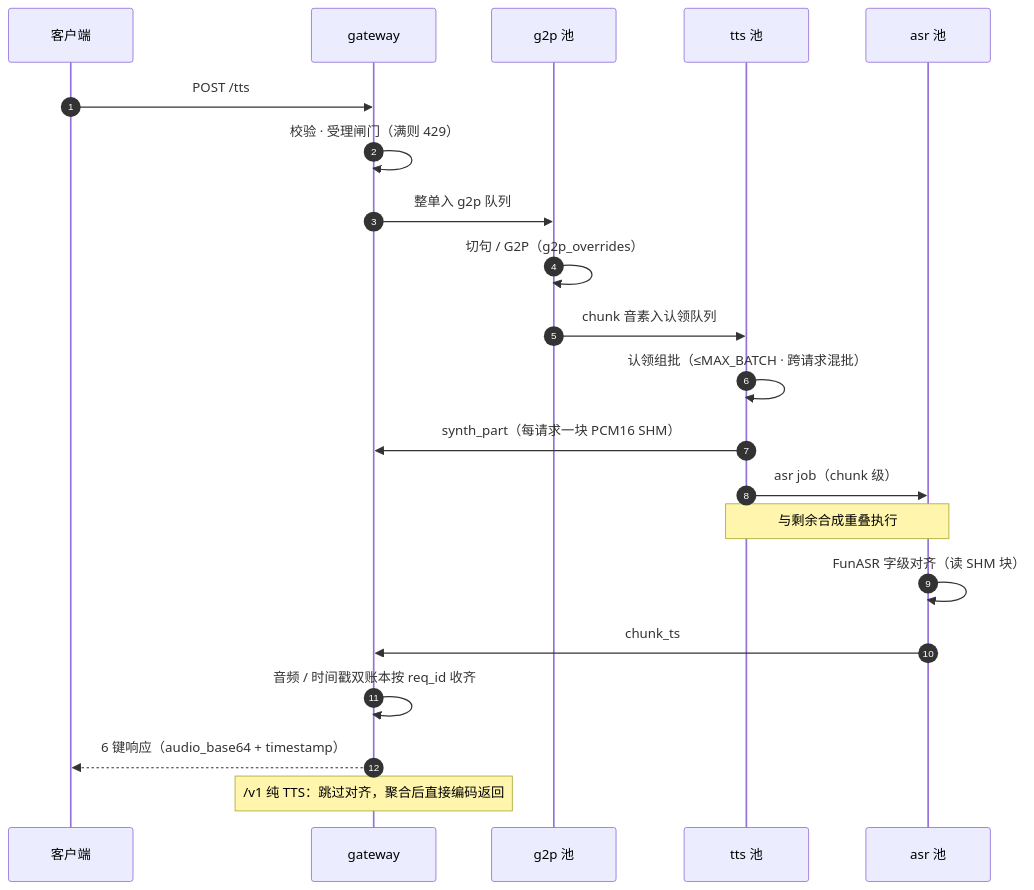
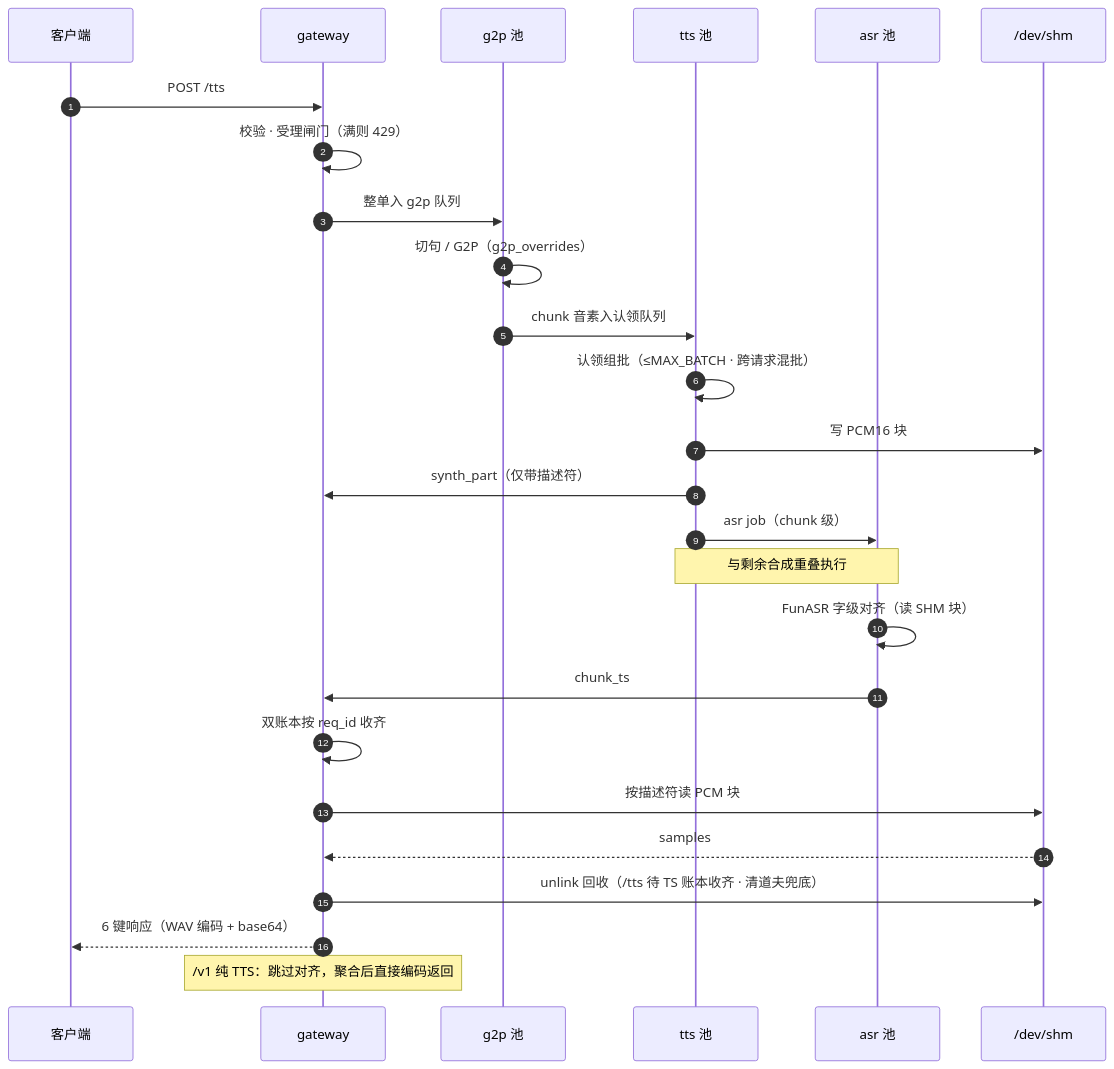
One commit to guang384/kokoro-tts-ascend changed the second of 4 diagrams in README.md. Above: the diagram before and after it, drawn with Mermaid. The commit also changed other lines of this file, not shown here.

Commit message:
docs: show SHM read-back and recycle in return path
Topology: descriptor edge clarified, gateway->shm read+unlink edge,
sh node marked as gateway-recycled. Sequence: /dev/shm participant with
write / read-back / unlink-recycle steps on the return path.

````diff
--- a/README.md
+++ b/README.md
@@ -64,24 +68,29 @@
 ```mermaid
 sequenceDiagram
   autonumber
   participant C as 客户端
   participant GW as gateway
   participant G2P as g2p 池
   participant TTS as tts 池
   participant ASR as asr 池
+  participant SHM as /dev/shm
 
   C->>GW: POST /tts
   GW->>GW: 校验 · 受理闸门（满则 429）
   GW->>G2P: 整单入 g2p 队列
   G2P->>G2P: 切句 / G2P（g2p_overrides）
   G2P->>TTS: chunk 音素入认领队列
   TTS->>TTS: 认领组批（≤MAX_BATCH · 跨请求混批）
-  TTS->>GW: synth_part（每请求一块 PCM16 SHM）
+  TTS->>SHM: 写 PCM16 块
+  TTS->>GW: synth_part（仅带描述符）
   TTS->>ASR: asr job（chunk 级）
   Note over TTS,ASR: 与剩余合成重叠执行
   ASR->>ASR: FunASR 字级对齐（读 SHM 块）
   ASR->>GW: chunk_ts
-  GW->>GW: 音频 / 时间戳双账本按 req_id 收齐
-  GW-->>C: 6 键响应（audio_base64 + timestamp）
+  GW->>GW: 双账本按 req_id 收齐
+  GW->>SHM: 按描述符读 PCM 块
+  SHM-->>GW: samples
+  GW->>SHM: unlink 回收（/tts 待 TS 账本收齐 · 清道夫兜底）
+  GW-->>C: 6 键响应（WAV 编码 + base64）
   Note over GW: /v1 纯 TTS：跳过对齐，聚合后直接编码返回
 ```
````
